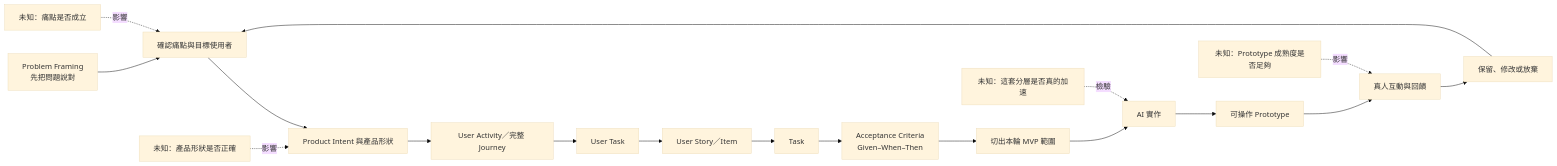
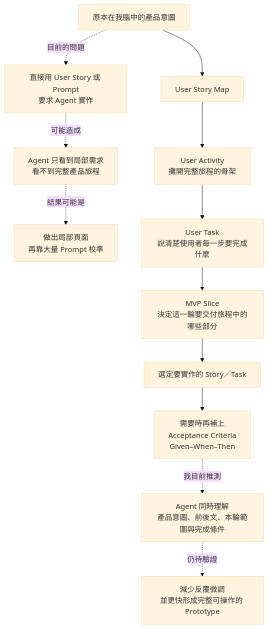
The second of 4 diagrams in README.md (WilliamCHIU-ETH/3week-mental-map), drawn with Mermaid (base theme) before and after one commit. The commit also changed other lines of this file, not shown here.

Commit message:
Rebuild mental map around thought journey

````diff
--- a/README.md
+++ b/README.md
@@ -123,21 +44,15 @@
 ```mermaid
-flowchart LR
-    A["Problem Framing<br/>先把問題說對"] --> B["確認痛點與目標使用者"]
-    B --> C["Product Intent 與產品形狀"]
-    C --> D["User Activity／完整 Journey"]
-    D --> E["User Task"]
-    E --> F["User Story／Item"]
-    F --> G["Task"]
-    G --> H["Acceptance Criteria<br/>Given–When–Then"]
-    H --> I["切出本輪 MVP 範圍"]
-    I --> J["AI 實作"]
-    J --> K["可操作 Prototype"]
-    K --> L["真人互動與回饋"]
-    L --> M["保留、修改或放棄"]
-    M --> B
+flowchart TB
+    A["原本在我腦中的產品意圖"] -.目前的問題.-> B["直接用 User Story 或 Prompt<br/>要求 Agent 實作"]
+    B -.可能造成.-> C["Agent 只看到局部需求<br/>看不到完整產品旅程"]
+    C -.結果可能是.-> D["做出局部頁面<br/>再靠大量 Prompt 校準"]
 
-    U1["未知：痛點是否成立"] -.影響.-> B
-    U2["未知：產品形狀是否正確"] -.影響.-> C
-    U3["未知：這套分層是否真的加速"] -.檢驗.-> J
-    U4["未知：Prototype 成熟度是否足夠"] -.影響.-> L
+    A --> E["User Story Map"]
+    E --> F["User Activity<br/>攤開完整旅程的骨架"]
+    F --> G["User Task<br/>說清楚使用者每一步要完成什麼"]
+    G --> H["MVP Slice<br/>決定這一輪要交付旅程中的哪些部分"]
+    H --> I["選定要實作的 Story／Task"]
+    I --> J["需要時再補上<br/>Acceptance Criteria<br/>Given–When–Then"]
+    J -.我目前推測.-> K["Agent 同時理解<br/>產品意圖、前後文、本輪範圍與完成條件"]
+    K -.仍待驗證.-> L["減少反覆微調<br/>並更快形成完整可操作的 Prototype"]
 ```
````
